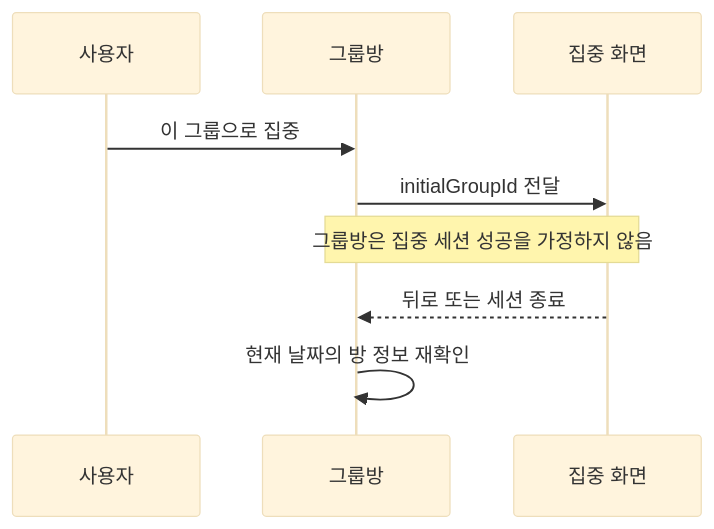
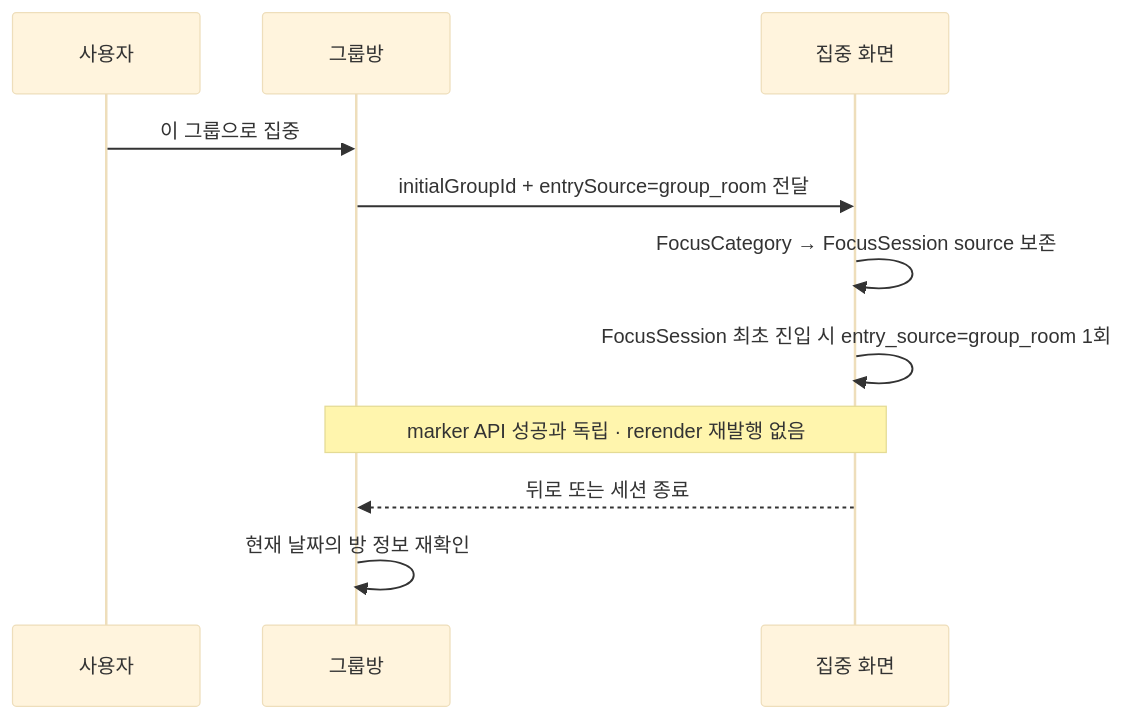
The second of 4 diagrams in docs/prd/group/features/03-activity/low-level-design.md (OneOrThree/phone), drawn with Mermaid (base theme) before and after one commit. The commit also changed other lines of this file and 16 other files, not shown here.

````diff
--- a/docs/prd/group/features/03-activity/low-level-design.md
+++ b/docs/prd/group/features/03-activity/low-level-design.md
@@ -33,11 +33,13 @@
 ```mermaid
 sequenceDiagram
     participant U as 사용자
     participant R as 그룹방
     participant F as 집중 화면
     U->>R: 이 그룹으로 집중
-    R->>F: initialGroupId 전달
-    Note over R,F: 그룹방은 집중 세션 성공을 가정하지 않음
+    R->>F: initialGroupId + entrySource=group_room 전달
+    F->>F: FocusCategory → FocusSession source 보존
+    F->>F: FocusSession 최초 진입 시 entry_source=group_room 1회
+    Note over R,F: marker API 성공과 독립 · rerender 재발행 없음
     F-->>R: 뒤로 또는 세션 종료
     R->>R: 현재 날짜의 방 정보 재확인
 ```
````
